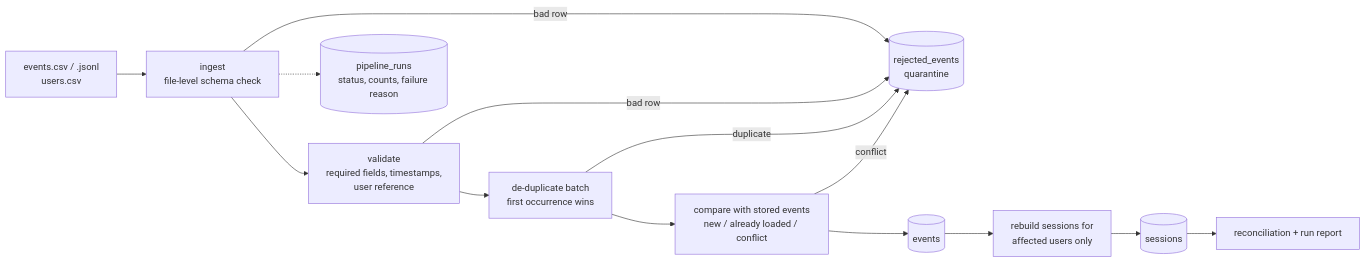
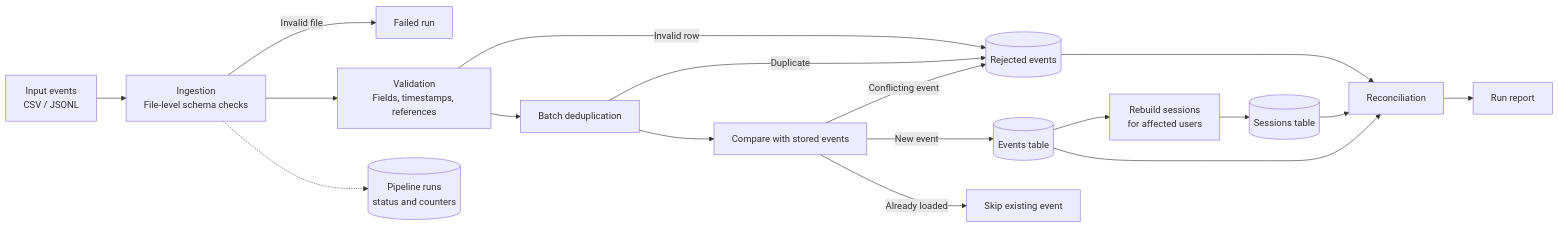
One commit to RohitM0803/YOTTA-Session-Pipeline changed the diagram in README.md. Above: the diagram before and after it, drawn with Mermaid. The commit also changed other lines of this file, not shown here.

````diff
--- a/README.md
+++ b/README.md
@@ -72,16 +173,20 @@
 ```mermaid
 flowchart LR
-    A[events.csv / .jsonl<br/>users.csv] --> B[ingest<br/>file-level schema check]
-    B -->|bad row| Q[(rejected_events<br/>quarantine)]
-    B --> C[validate<br/>required fields, timestamps,<br/>user reference]
-    C -->|bad row| Q
-    C --> D[de-duplicate batch<br/>first occurrence wins]
-    D -->|duplicate| Q
-    D --> E[compare with stored events<br/>new / already loaded / conflict]
-    E -->|conflict| Q
-    E --> F[(events)]
-    F --> G[rebuild sessions for<br/>affected users only]
-    G --> H[(sessions)]
-    B -.-> R[(pipeline_runs<br/>status, counts, failure reason)]
-    H --> I[reconciliation + run report]
+    A["Input events<br/>CSV / JSONL"] --> B["Ingestion<br/>File-level schema checks"]
+    B -->|Invalid file| F["Failed run"]
+    B --> C["Validation<br/>Fields, timestamps, references"]
+    C -->|Invalid row| Q[("Rejected events")]
+    C --> D["Batch deduplication"]
+    D -->|Duplicate| Q
+    D --> E["Compare with stored events"]
+    E -->|Conflicting event| Q
+    E -->|New event| G[("Events table")]
+    E -->|Already loaded| H["Skip existing event"]
+    G --> I["Rebuild sessions<br/>for affected users"]
+    I --> J[("Sessions table")]
+    G --> K["Reconciliation"]
+    J --> K
+    Q --> K
+    K --> L["Run report"]
+    B -.-> M[("Pipeline runs<br/>status and counters")]
 ```
````
